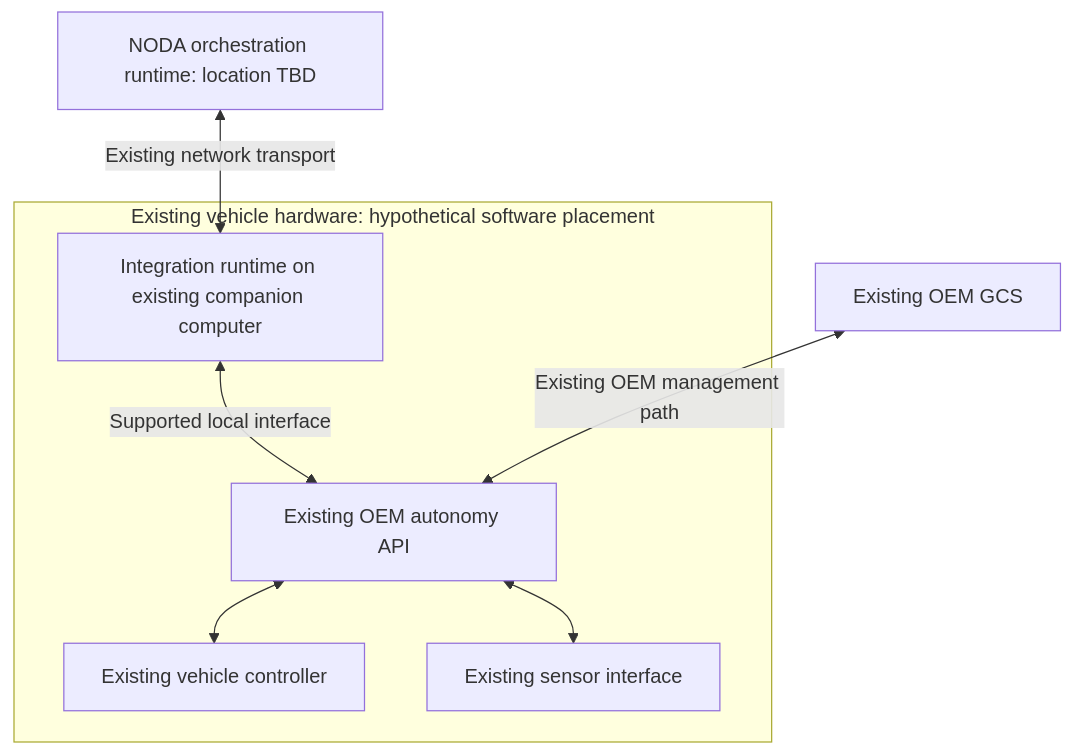
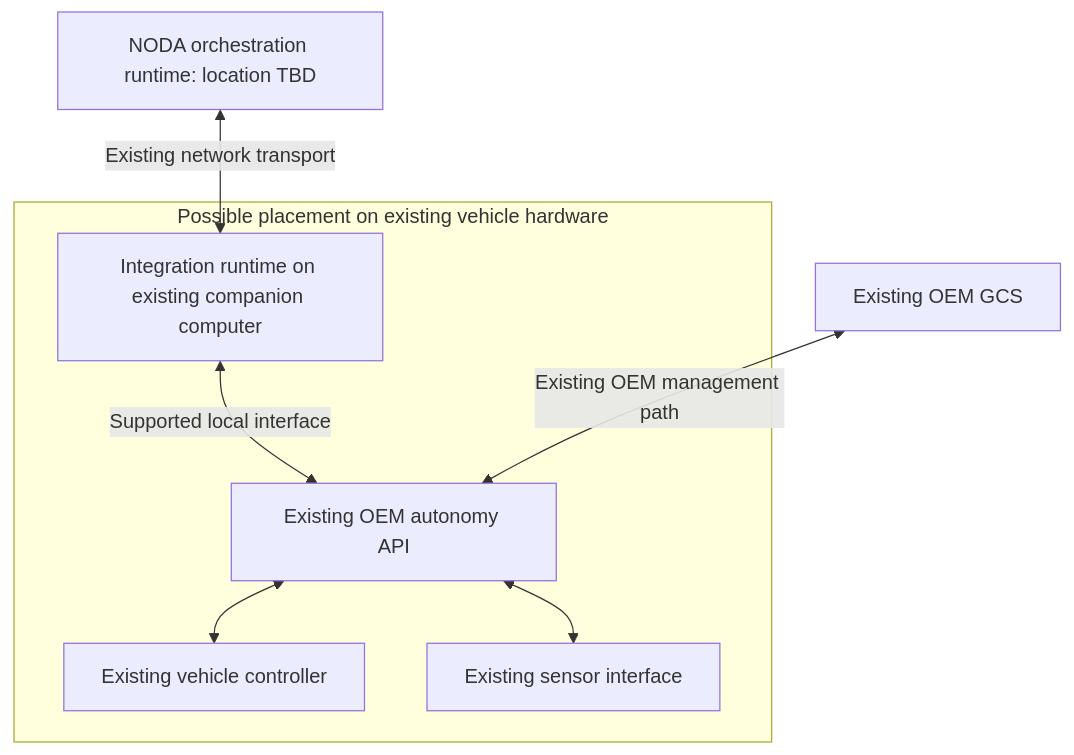
Before and after one commit to yagamy4680/integration-work-clarifications: the third of 4 diagrams in architecture-hypotheses.md, drawn with Mermaid. The commit also changed other lines of this file and 15 other files, not shown here.

````diff
--- a/architecture-hypotheses.md
+++ b/architecture-hypotheses.md
@@ -80,16 +60,16 @@
 ```mermaid
 flowchart TB
     U["NODA orchestration runtime: location TBD"]
     G["Existing OEM GCS"]
-    subgraph VEHICLE["Existing vehicle hardware: hypothetical software placement"]
+    subgraph VEHICLE["Possible placement on existing vehicle hardware"]
         E["Integration runtime on existing companion computer"]
         O["Existing OEM autonomy API"]
         F["Existing vehicle controller"]
         S["Existing sensor interface"]
         E <-->|"Supported local interface"| O
         O <--> F
         O <--> S
     end
     U <-->|"Existing network transport"| E
     G <-->|"Existing OEM management path"| O
 ```
````
